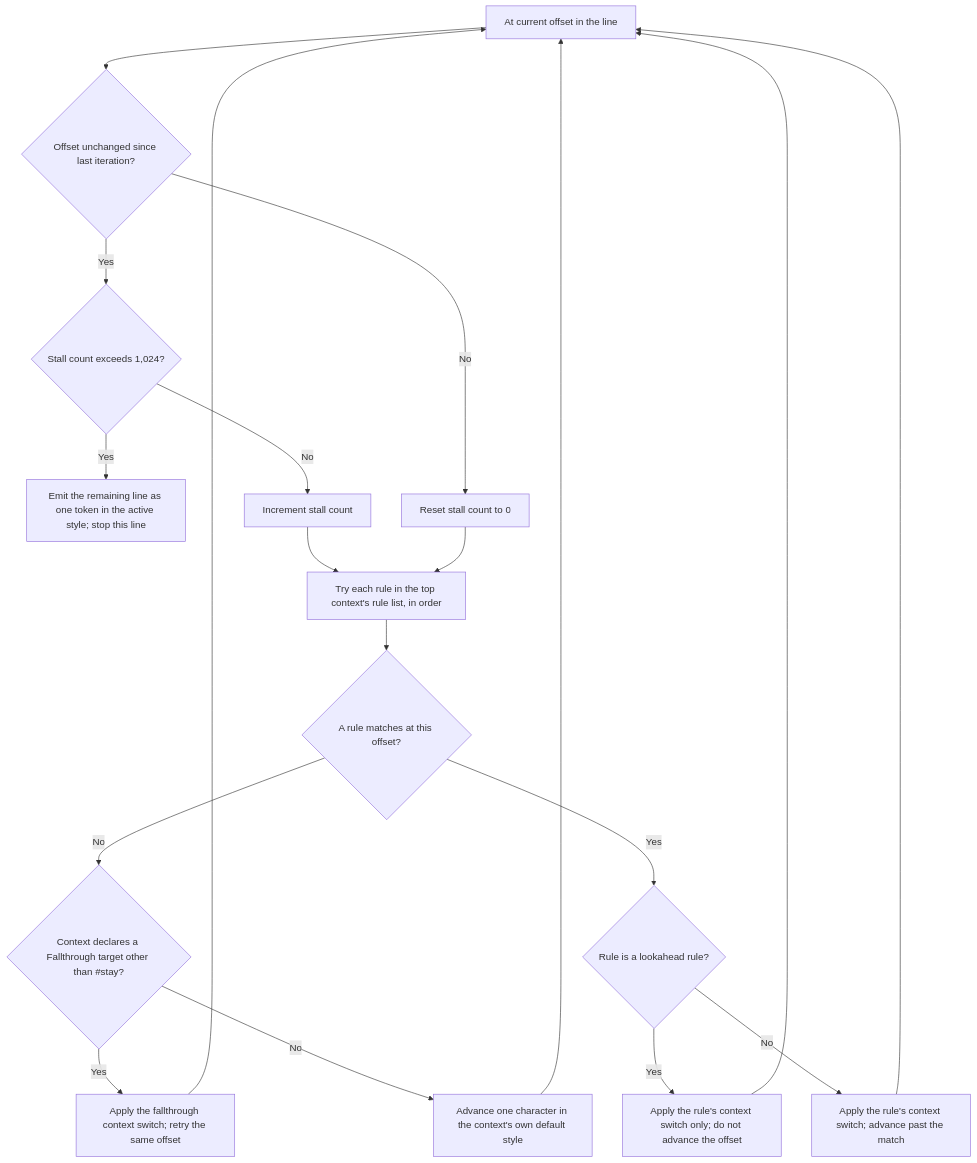
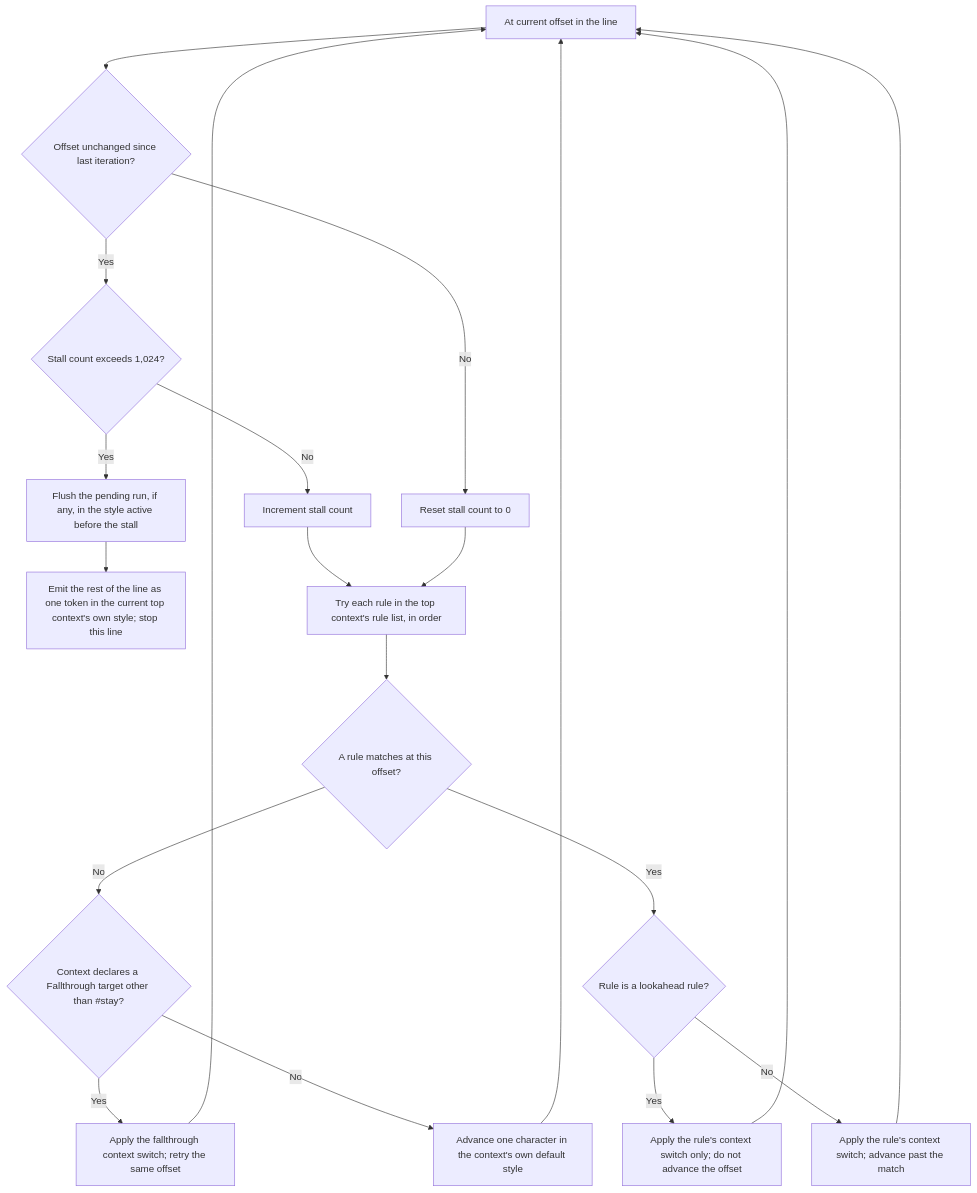
Before and after one commit to pavkam/sharp-vision: the first of 2 diagrams in docs/concepts/syntax-highlighting.md, drawn with Mermaid. The commit also changed other lines of this file, not shown here.

First line of the commit message:
docs(syntax-highlighting): correct the tokenizer diagrams' stall-fallback and switch-chase claims

````diff
--- a/docs/concepts/syntax-highlighting.md
+++ b/docs/concepts/syntax-highlighting.md
@@ -101,21 +101,22 @@
 ```mermaid
 flowchart TD
     A[At current offset in the line] --> B{Offset unchanged since last iteration?}
     B -->|Yes| C{Stall count exceeds 1,024?}
-    C -->|Yes| D[Emit the remaining line as one token in the active style; stop this line]
+    C -->|Yes| D1[Flush the pending run, if any, in the style active before the stall]
+    D1 --> D2[Emit the rest of the line as one token in the current top context's own style; stop this line]
     C -->|No| E[Increment stall count]
     B -->|No| F[Reset stall count to 0]
     E --> G[Try each rule in the top context's rule list, in order]
     F --> G
     G --> H{A rule matches at this offset?}
     H -->|No| I{Context declares a Fallthrough target other than #stay?}
     I -->|Yes| J[Apply the fallthrough context switch; retry the same offset]
     J --> A
     I -->|No| K[Advance one character in the context's own default style]
     K --> A
     H -->|Yes| L{Rule is a lookahead rule?}
     L -->|Yes| M[Apply the rule's context switch only; do not advance the offset]
     M --> A
     L -->|No| N[Apply the rule's context switch; advance past the match]
     N --> A
 ```
````
